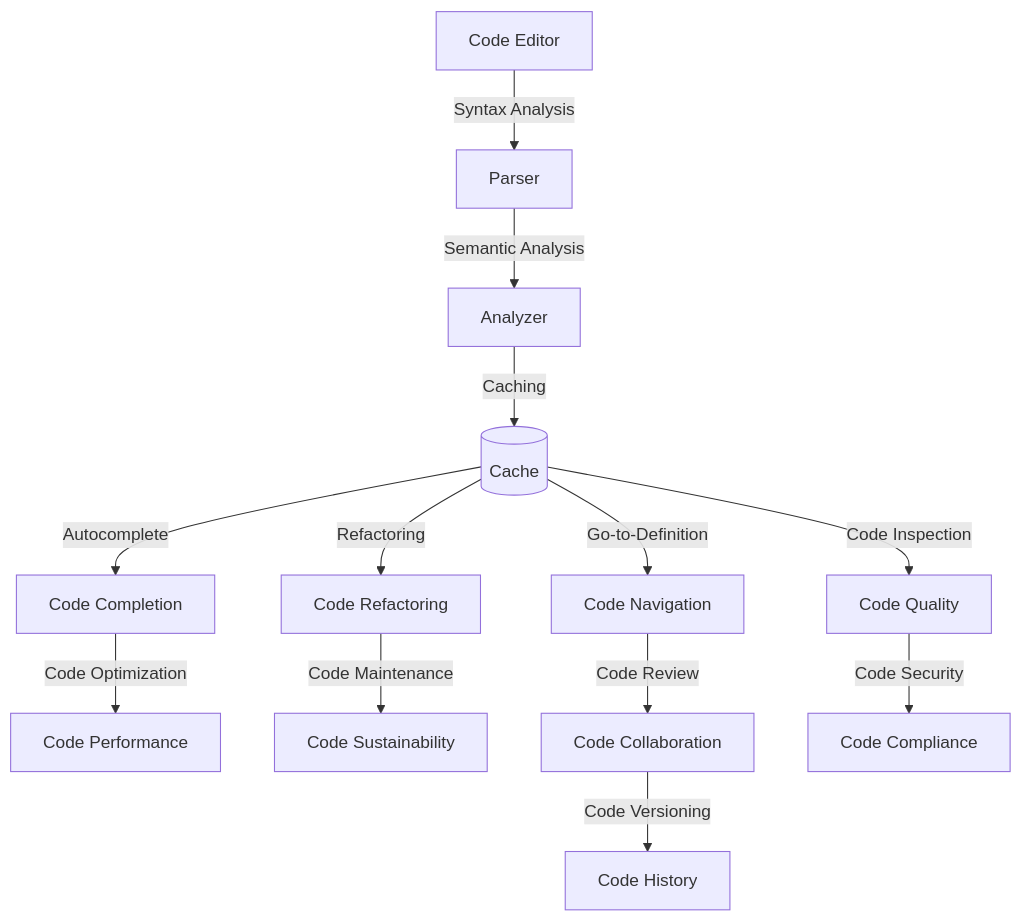
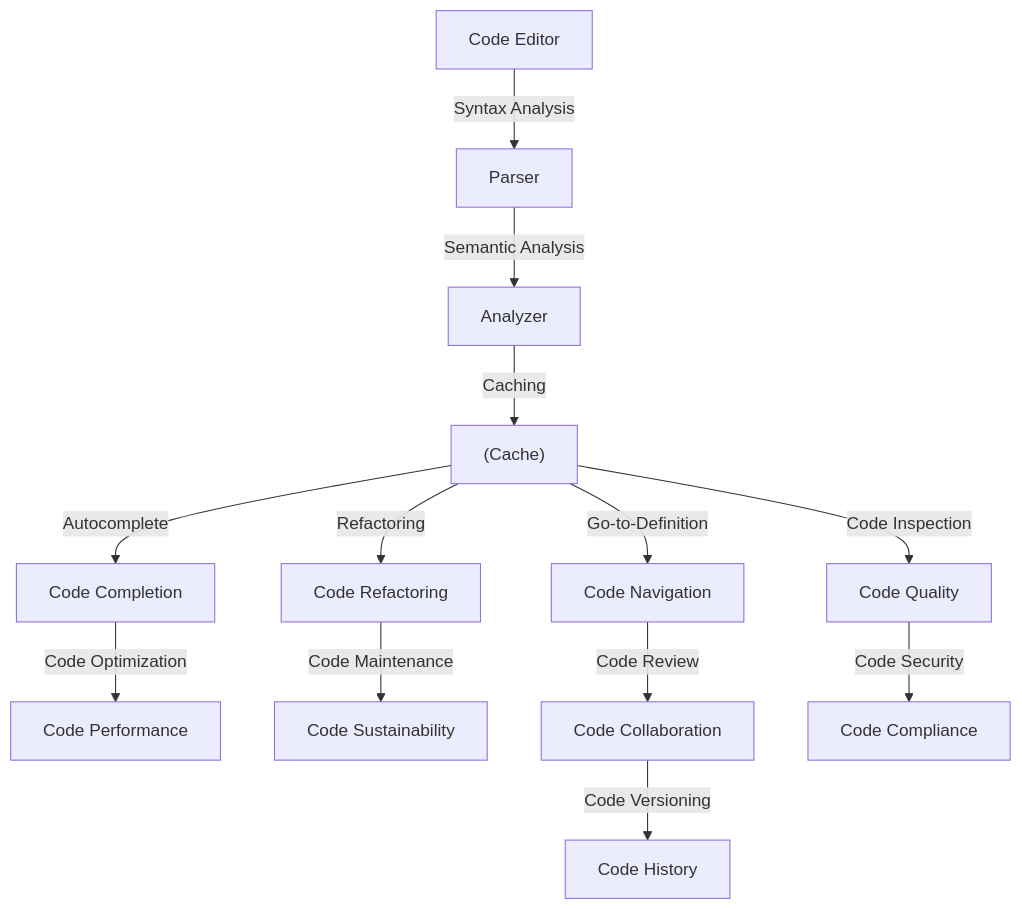
One commit to baaghinitesh/dailly-notes changed the diagram in docs/notes/typescript/0_Overview/Benefits_Superior_IDE_Support__Autocomplete_Refactoring_Go-t.md. Above: the diagram before and after it, drawn with Mermaid. The commit also changed 47 other files, not shown here.

````diff
--- a/docs/notes/typescript/0_Overview/Benefits_Superior_IDE_Support__Autocomplete_Refactoring_Go-t.md
+++ b/docs/notes/typescript/0_Overview/Benefits_Superior_IDE_Support__Autocomplete_Refactoring_Go-t.md
@@ -81,19 +81,19 @@
 ```mermaid
 graph TD
     A[Code Editor] -->|Syntax Analysis| B[Parser]
     B -->|Semantic Analysis| C[Analyzer]
-    C -->|Caching| D[(Cache)]
+    C -->|Caching| D["(Cache)"]
 
     %% Branching out the core features from the Cache
     D -->|Autocomplete| E[Code Completion]
     D -->|Refactoring| F[Code Refactoring]
     D -->|Go-to-Definition| G[Code Navigation]
     D -->|Code Inspection| H[Code Quality]
 
     %% Connecting the features to their broader outcomes
     E -->|Code Optimization| I[Code Performance]
     F -->|Code Maintenance| J[Code Sustainability]
     G -->|Code Review| K[Code Collaboration]
     K -->|Code Versioning| L[Code History]
     H -->|Code Security| M[Code Compliance]
 ```
````
